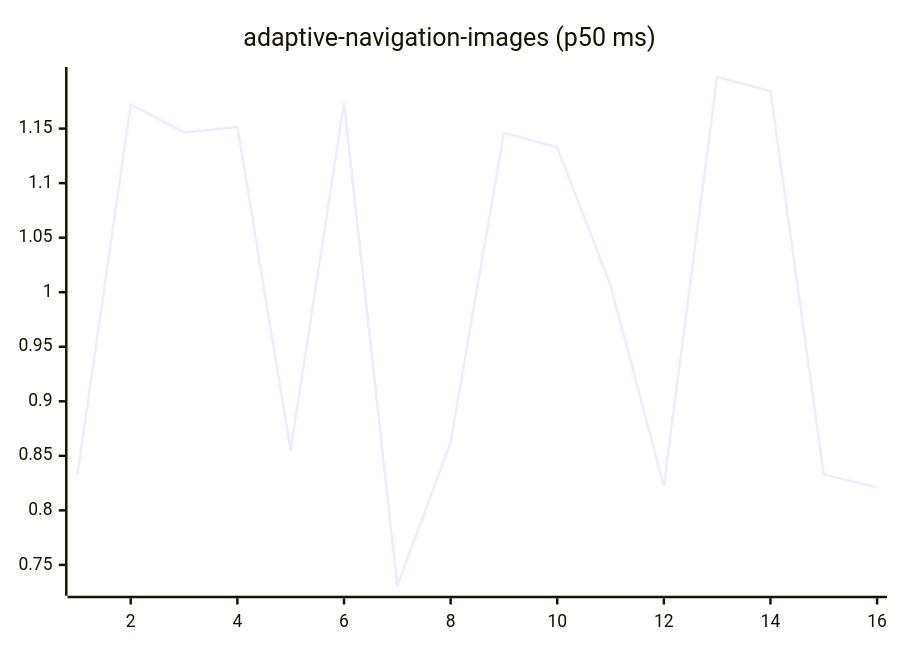
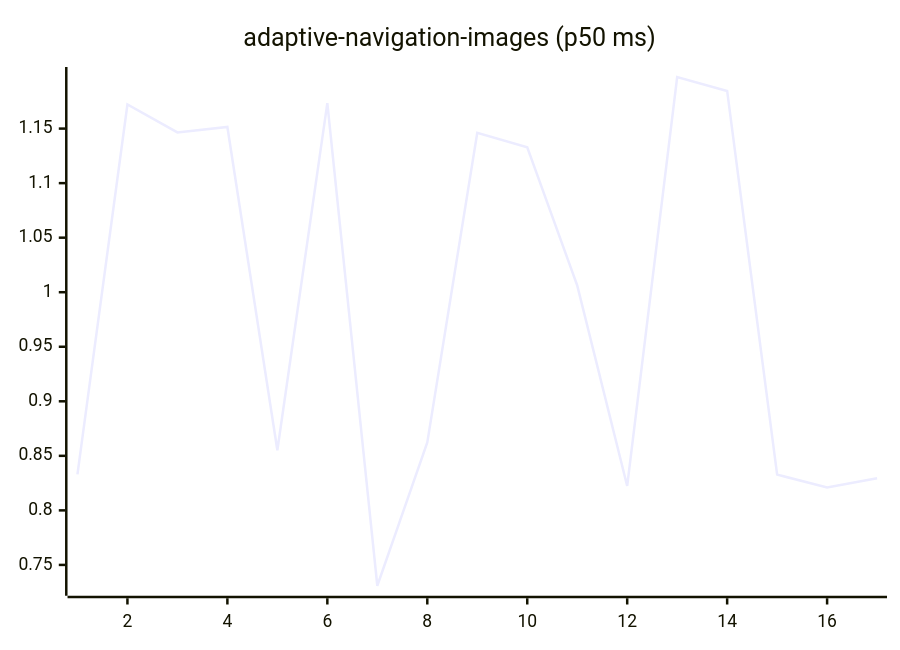
One commit to josha/Facet changed the first of 27 diagrams in README.md. Above: the diagram before and after it, drawn with Mermaid. The commit also changed other lines of this file and 2 other files, not shown here.

````diff
--- a/README.md
+++ b/README.md
@@ -63,6 +63,6 @@
 ```mermaid
 xychart-beta
     title "adaptive-navigation-images (p50 ms)"
-    x-axis 1 --> 16
-    line [0.8330, 1.1721, 1.1465, 1.1515, 0.8551, 1.1733, 0.7309, 0.8622, 1.1462, 1.1328, 1.0062, 0.8224, 1.1973, 1.1845, 0.8328, 0.8211]
+    x-axis 1 --> 17
+    line [0.8330, 1.1721, 1.1465, 1.1515, 0.8551, 1.1733, 0.7309, 0.8622, 1.1462, 1.1328, 1.0062, 0.8224, 1.1973, 1.1845, 0.8328, 0.8211, 0.8295]
 ```
````
